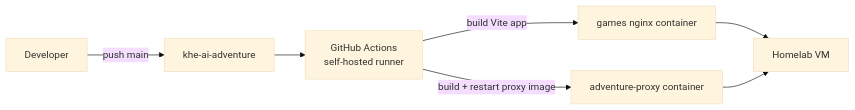
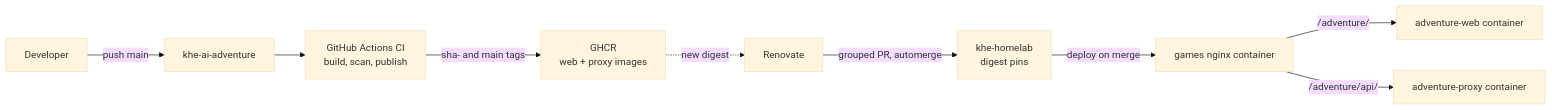
One commit to khelias/khe-ai-adventure changed the fourth of 4 diagrams in docs/ARCHITECTURE.md. Above: the diagram before and after it, drawn with Mermaid (base theme). The commit also changed other lines of this file and 4 other files, not shown here.

First line of the commit message:
Retire the VM deploy now that khe-homelab runs the images

````diff
--- a/docs/ARCHITECTURE.md
+++ b/docs/ARCHITECTURE.md
@@ -217,16 +218,21 @@
 ```mermaid
 flowchart LR
     Dev["Developer"]
     Repo["khe-ai-adventure"]
-    Runner["GitHub Actions<br/>self-hosted runner"]
-    VM["Homelab VM"]
+    CI["GitHub Actions CI<br/>build, scan, publish"]
+    GHCR["GHCR<br/>web + proxy images"]
+    Homelab["khe-homelab<br/>digest pins"]
+    Renovate["Renovate"]
     Nginx["games nginx container"]
+    Web["adventure-web container"]
     Proxy["adventure-proxy container"]
 
     Dev -->|"push main"| Repo
-    Repo --> Runner
-    Runner -->|"build Vite app"| Nginx
-    Runner -->|"build + restart proxy image"| Proxy
-    Nginx --> VM
-    Proxy --> VM
+    Repo --> CI
+    CI -->|"sha- and main tags"| GHCR
+    Renovate -->|"grouped PR, automerge"| Homelab
+    GHCR -.->|"new digest"| Renovate
+    Homelab -->|"deploy on merge"| Nginx
+    Nginx -->|"/adventure/"| Web
+    Nginx -->|"/adventure/api/"| Proxy
 ```
````
